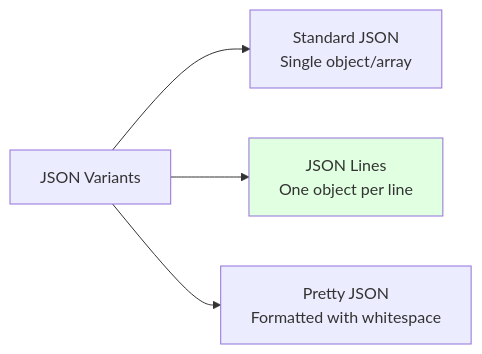
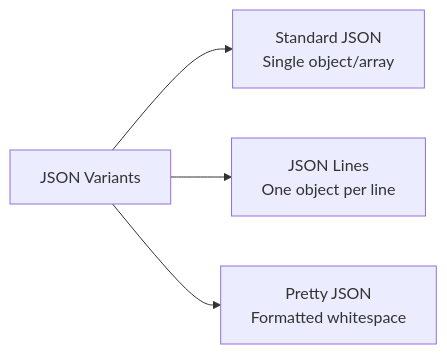
One commit to LCKYN/LCKYN-KnowledgeBase changed the first of 2 diagrams in 40-49 Data_Management/41_Data_Engineering/41.03 JSON File Format.md. Above: the diagram before and after it, drawn with Mermaid. The commit also changed other lines of this file and 17 other files, not shown here.

````diff
--- a/40-49 Data_Management/41_Data_Engineering/41.03 JSON File Format.md
+++ b/40-49 Data_Management/41_Data_Engineering/41.03 JSON File Format.md
@@ -160,8 +33,6 @@
 ```mermaid
 graph LR
     A[JSON Variants] --> B[Standard JSON<br/>Single object/array]
     A --> C[JSON Lines<br/>One object per line]
-    A --> D[Pretty JSON<br/>Formatted with whitespace]
-
-    style C fill:#e1ffe1
+    A --> D[Pretty JSON<br/>Formatted whitespace]
 ```
````
